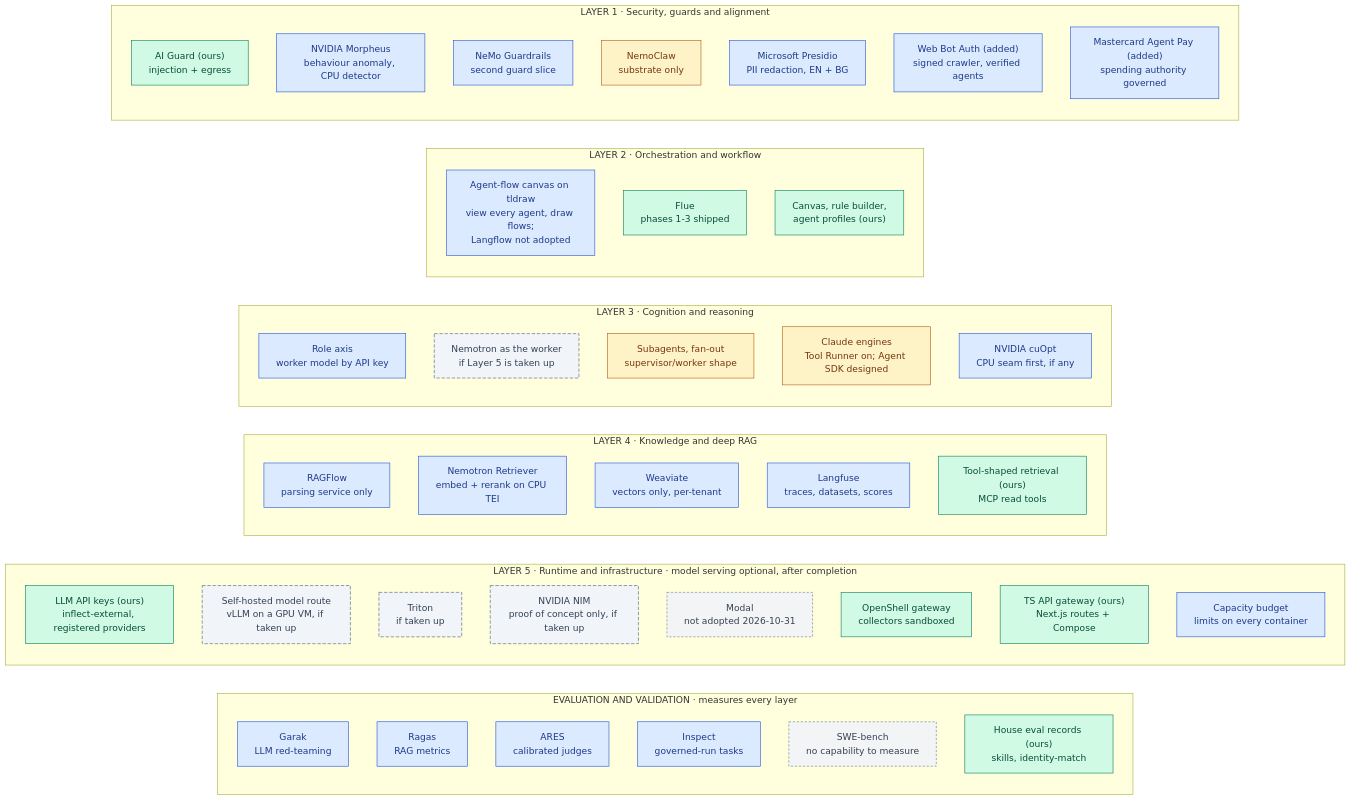
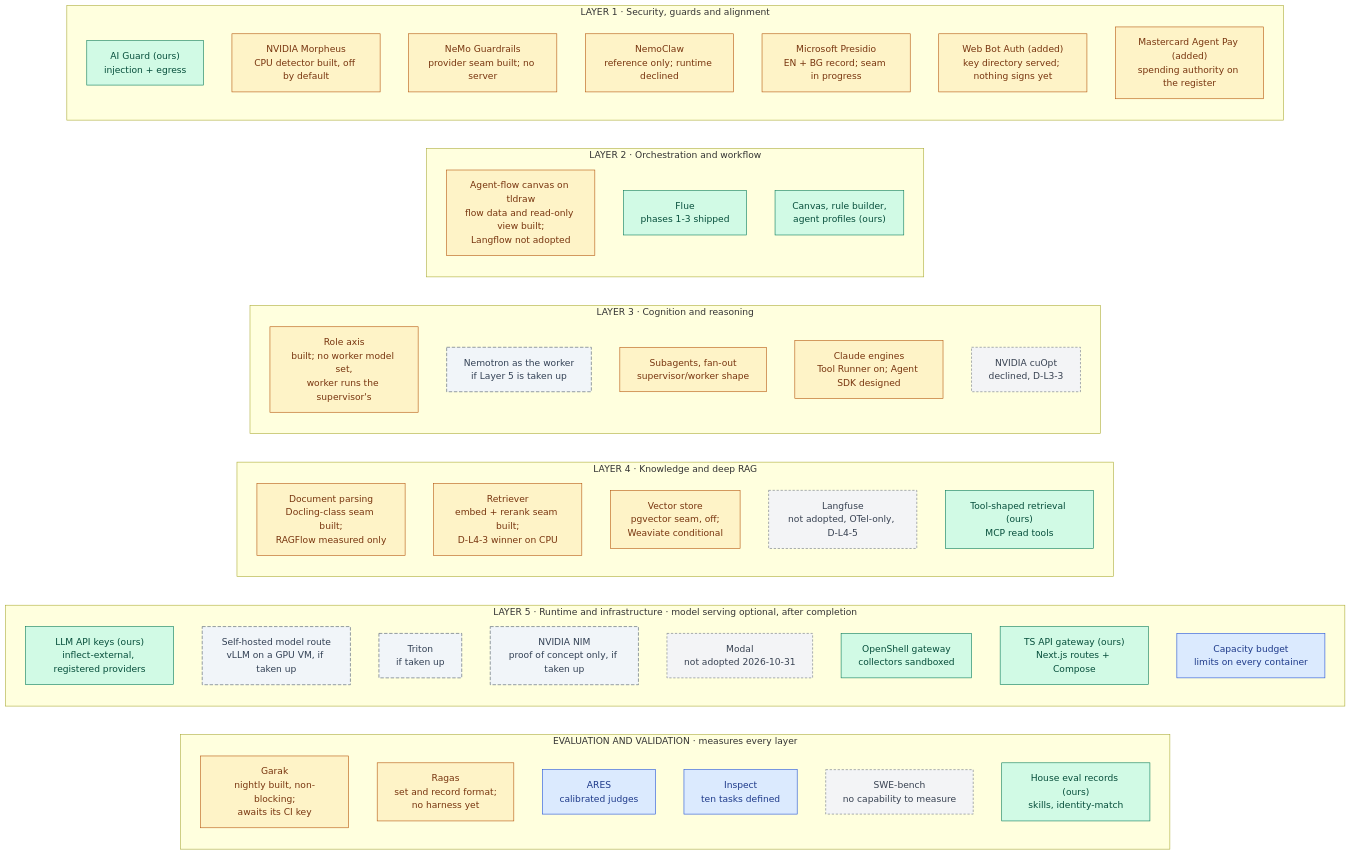
Before and after one commit to RodnaPamet/inflect-compliance: the first of 5 diagrams in docs/ai-architecture-roadmap.md, drawn with Mermaid. The commit also changed other lines of this file and 1 other file, not shown here.

````diff
--- a/docs/ai-architecture-roadmap.md
+++ b/docs/ai-architecture-roadmap.md
@@ -59,66 +62,66 @@
 ```mermaid
 flowchart LR
   subgraph EV["EVALUATION AND VALIDATION · measures every layer"]
     direction TB
-    GA["Garak<br/>LLM red-teaming"]:::todo
-    RA["Ragas<br/>RAG metrics"]:::todo
+    GA["Garak<br/>nightly built, non-blocking;<br/>awaits its CI key"]:::partial
+    RA["Ragas<br/>set and record format;<br/>no harness yet"]:::partial
     AR["ARES<br/>calibrated judges"]:::todo
-    IS["Inspect<br/>governed-run tasks"]:::todo
+    IS["Inspect<br/>ten tasks defined"]:::todo
     SB["SWE-bench<br/>no capability to measure"]:::declined
     HR["House eval records (ours)<br/>skills, identity-match"]:::done
   end
 
   subgraph L5["LAYER 5 · Runtime and infrastructure · model serving optional, after completion"]
     direction TB
     API["LLM API keys (ours)<br/>inflect-external, registered providers"]:::done
     MD["Self-hosted model route<br/>vLLM on a GPU VM, if taken up"]:::optional
     TT["Triton<br/>if taken up"]:::optional
     NIM["NVIDIA NIM<br/>proof of concept only, if taken up"]:::optional
     MO5["Modal<br/>not adopted 2026-10-31"]:::declined
     OS["OpenShell gateway<br/>collectors sandboxed"]:::done
     GW["TS API gateway (ours)<br/>Next.js routes + Compose"]:::done
     CAP["Capacity budget<br/>limits on every container"]:::todo
   end
 
   subgraph L4["LAYER 4 · Knowledge and deep RAG"]
     direction TB
-    RF["RAGFlow<br/>parsing service only"]:::todo
-    RT["Nemotron Retriever<br/>embed + rerank on CPU TEI"]:::todo
-    WV["Weaviate<br/>vectors only, per-tenant"]:::todo
-    LU["Langfuse<br/>traces, datasets, scores"]:::todo
+    RF["Document parsing<br/>Docling-class seam built;<br/>RAGFlow measured only"]:::partial
+    RT["Retriever<br/>embed + rerank seam built;<br/>D-L4-3 winner on CPU"]:::partial
+    WV["Vector store<br/>pgvector seam, off;<br/>Weaviate conditional"]:::partial
+    LU["Langfuse<br/>not adopted, OTel-only, D-L4-5"]:::declined
     TR["Tool-shaped retrieval (ours)<br/>MCP read tools"]:::done
   end
 
   subgraph L3["LAYER 3 · Cognition and reasoning"]
     direction TB
-    NR["Role axis<br/>worker model by API key"]:::todo
+    NR["Role axis<br/>built; no worker model set,<br/>worker runs the supervisor's"]:::partial
     NW["Nemotron as the worker<br/>if Layer 5 is taken up"]:::optional
     SW["Subagents, fan-out<br/>supervisor/worker shape"]:::partial
     CL["Claude engines<br/>Tool Runner on; Agent SDK designed"]:::partial
-    CO["NVIDIA cuOpt<br/>CPU seam first, if any"]:::todo
+    CO["NVIDIA cuOpt<br/>declined, D-L3-3"]:::declined
   end
 
   subgraph L2["LAYER 2 · Orchestration and workflow"]
     direction TB
-    LF["Agent-flow canvas on tldraw<br/>view every agent, draw flows;<br/>Langflow not adopted"]:::todo
+    LF["Agent-flow canvas on tldraw<br/>flow data and read-only view built;<br/>Langflow not adopted"]:::partial
     FL["Flue<br/>phases 1-3 shipped"]:::done
     CV["Canvas, rule builder,<br/>agent profiles (ours)"]:::done
   end
 
   subgraph L1["LAYER 1 · Security, guards and alignment"]
     direction TB
     AG["AI Guard (ours)<br/>injection + egress"]:::done
-    MO["NVIDIA Morpheus<br/>behaviour anomaly, CPU detector"]:::todo
-    NG["NeMo Guardrails<br/>second guard slice"]:::todo
-    NC["NemoClaw<br/>substrate only"]:::partial
-    PR["Microsoft Presidio<br/>PII redaction, EN + BG"]:::todo
-    WB["Web Bot Auth (added)<br/>signed crawler, verified agents"]:::todo
-    MA["Mastercard Agent Pay (added)<br/>spending authority governed"]:::todo
+    MO["NVIDIA Morpheus<br/>CPU detector built, off by default"]:::partial
+    NG["NeMo Guardrails<br/>provider seam built; no server"]:::partial
+    NC["NemoClaw<br/>reference only; runtime declined"]:::partial
+    PR["Microsoft Presidio<br/>EN + BG record; seam in progress"]:::partial
+    WB["Web Bot Auth (added)<br/>key directory served; nothing signs yet"]:::partial
+    MA["Mastercard Agent Pay (added)<br/>spending authority on the register"]:::partial
   end
 
   classDef done fill:#d1fae5,stroke:#047857,color:#064e3b
   classDef partial fill:#fef3c7,stroke:#b45309,color:#78350f
   classDef todo fill:#dbeafe,stroke:#1d4ed8,color:#1e3a8a
   classDef optional fill:#f1f5f9,stroke:#475569,color:#334155,stroke-dasharray:6 3
   classDef declined fill:#f3f4f6,stroke:#6b7280,color:#374151,stroke-dasharray:4 3
 ```
````
